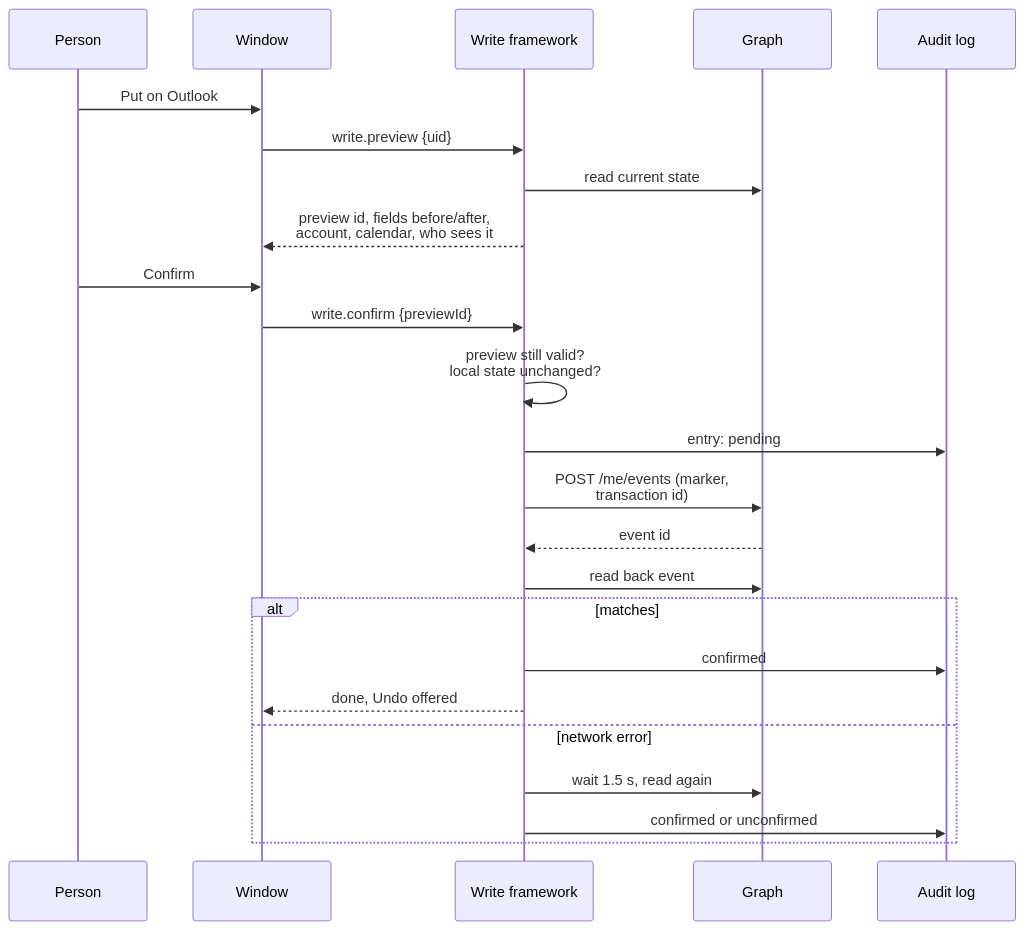
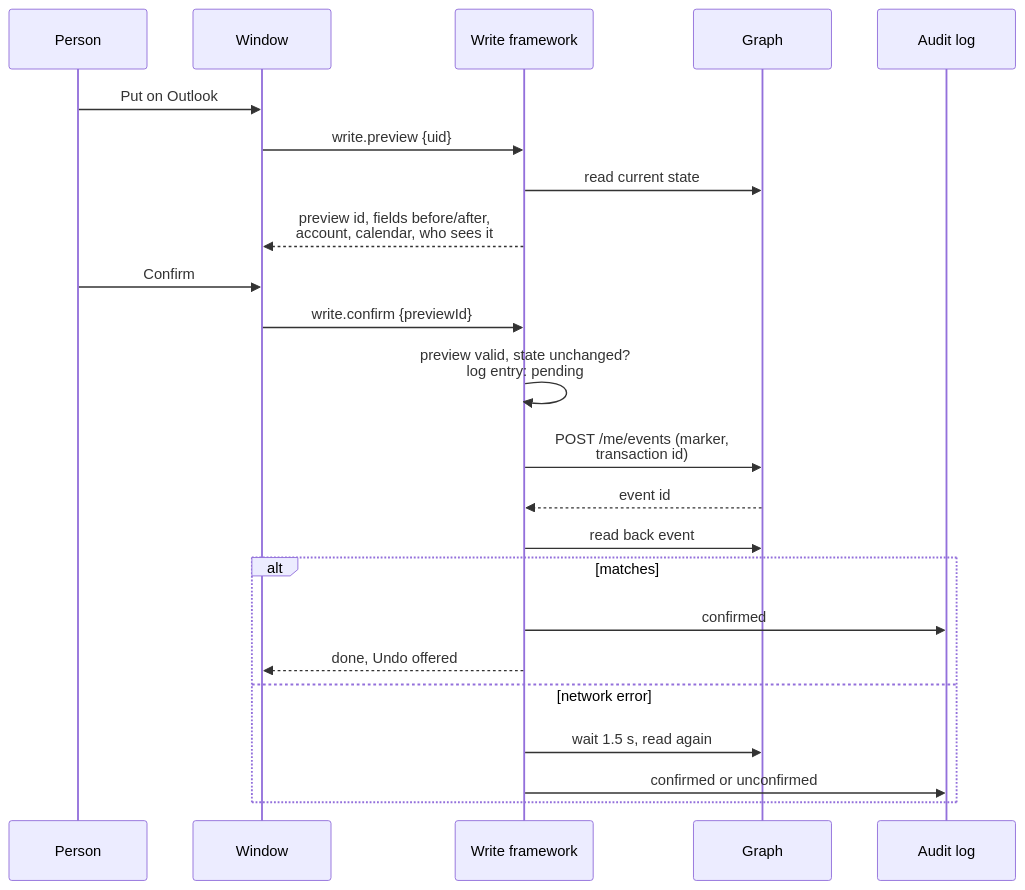
One commit to cooptimize/focustime changed the diagram in docs/site/06-write-framework.md. Above: the diagram before and after it, drawn with Mermaid. The commit also changed 2 other files, not shown here.

Commit message:
Docs D1: demo FAQ and doc gaps; trim write sequence diagram

````diff
--- a/docs/site/06-write-framework.md
+++ b/docs/site/06-write-framework.md
@@ -22,26 +22,25 @@
 ```mermaid
 sequenceDiagram
   participant U as Person
   participant W as Window
   participant A as Write framework
   participant G as Graph
   participant L as Audit log
   U->>W: Put on Outlook
   W->>A: write.preview {uid}
   A->>G: read current state
   A-->>W: preview id, fields before/after,<br/>account, calendar, who sees it
   U->>W: Confirm
   W->>A: write.confirm {previewId}
-  A->>A: preview still valid?<br/>local state unchanged?
-  A->>L: entry: pending
+  A->>A: preview valid, state unchanged?<br/>log entry: pending
   A->>G: POST /me/events (marker,<br/>transaction id)
   G-->>A: event id
   A->>G: read back event
   alt matches
     A->>L: confirmed
     A-->>W: done, Undo offered
   else network error
     A->>G: wait 1.5 s, read again
     A->>L: confirmed or unconfirmed
   end
 ```
````
